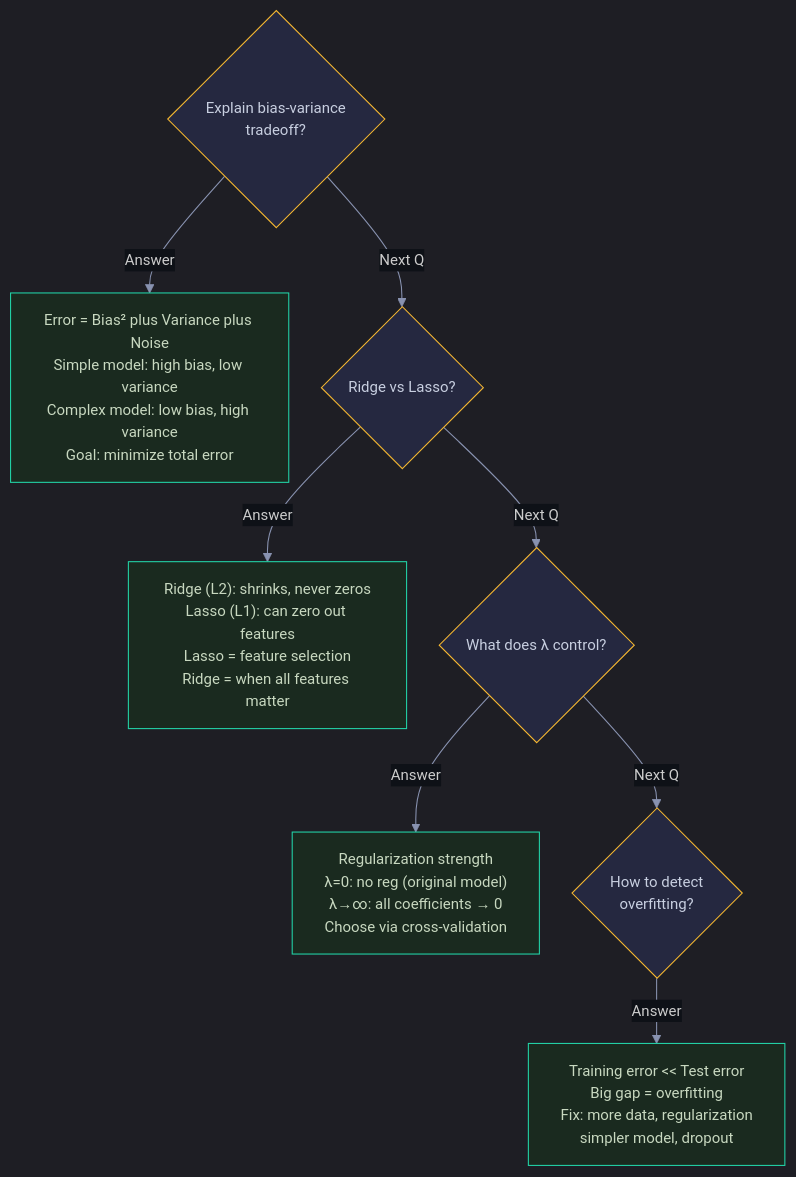
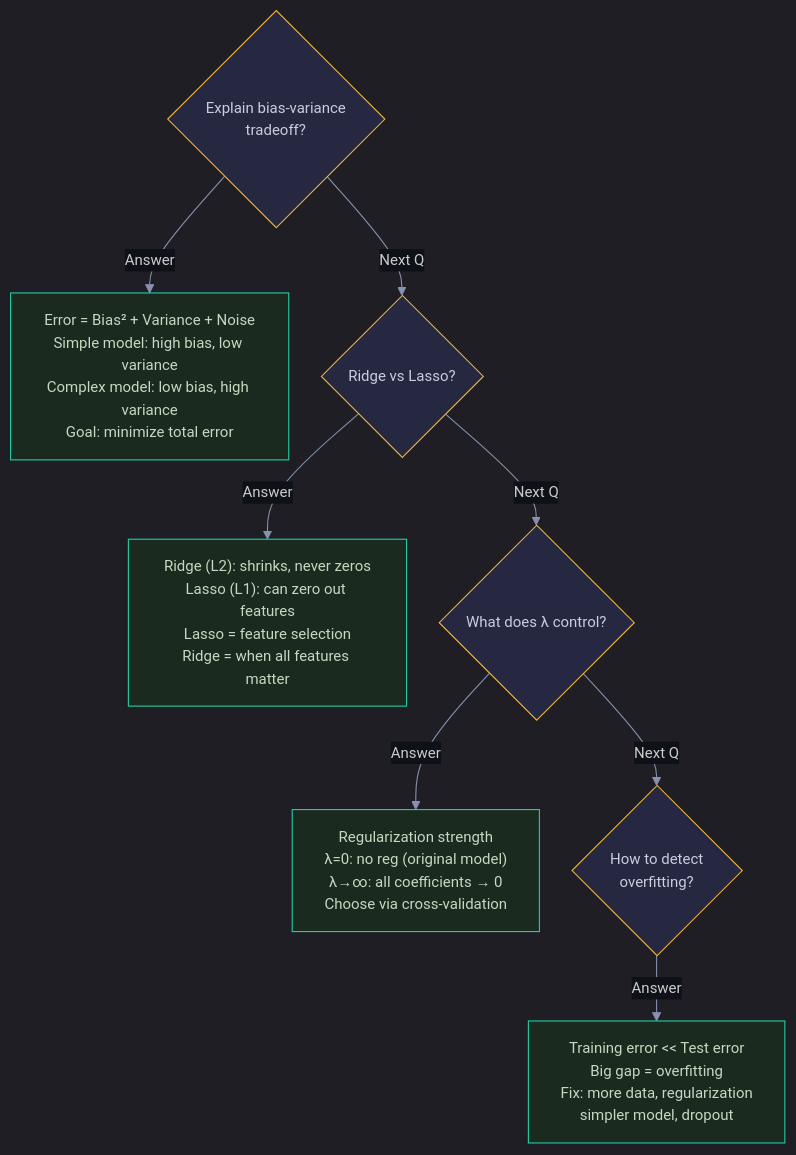
The tenth of 10 diagrams in Documents/Visual_Guides/ML_Concepts/Bias_Variance_Regularization_Visual.md (snehith1234/StudyCircle), drawn with Mermaid before and after one commit. The commit also changed other lines of this file and 10 other files, not shown here.

First line of the commit message:
Fix Mermaid formatting and add RNN/LSTM guides

````diff
--- a/Documents/Visual_Guides/ML_Concepts/Bias_Variance_Regularization_Visual.md
+++ b/Documents/Visual_Guides/ML_Concepts/Bias_Variance_Regularization_Visual.md
@@ -315,20 +315,20 @@
 ```mermaid
 %%{init: {'theme': 'dark', 'themeVariables': {'darkMode': true, 'background': '#0e1117', 'primaryColor': '#1a1d2e', 'primaryTextColor': '#e2e8f0', 'primaryBorderColor': '#2d3148', 'lineColor': '#8892b0', 'secondaryColor': '#252840', 'tertiaryColor': '#1a1d2e', 'fontSize': '14px', 'edgeLabelBackground': '#0e1117'}, 'flowchart': {'nodeSpacing': 30, 'rankSpacing': 40, 'padding': 15, 'htmlLabels': true}}}%%
 graph TD
-    Q1{"Explain bias-variance<br/>tradeoff?"} -->|Answer| A1["Error = Bias² plus Variance plus Noise<br/>Simple model: high bias, low variance<br/>Complex model: low bias, high variance<br/>Goal: minimize total error"]
+    Q1{"Explain bias-variance<br/>tradeoff?"} -->|Answer| A1["Error = Bias² + Variance + Noise<br/>Simple model: high bias, low variance<br/>Complex model: low bias, high variance<br/>Goal: minimize total error"]
     Q1 -->|Next Q| Q2{"Ridge vs Lasso?"}
     Q2 -->|Answer| A2["Ridge (L2): shrinks, never zeros<br/>Lasso (L1): can zero out features<br/>Lasso = feature selection<br/>Ridge = when all features matter"]
     Q2 -->|Next Q| Q3{"What does λ control?"}
     Q3 -->|Answer| A3["Regularization strength<br/>λ=0: no reg (original model)<br/>λ→∞: all coefficients → 0<br/>Choose via cross-validation"]
     Q3 -->|Next Q| Q4{"How to detect<br/>overfitting?"}
     Q4 -->|Answer| A4["Training error << Test error<br/>Big gap = overfitting<br/>Fix: more data, regularization<br/>simpler model, dropout"]
 
     style Q1 fill:#252840,stroke:#f5b731,color:#c8cfe0
     style Q2 fill:#252840,stroke:#f5b731,color:#c8cfe0
     style Q3 fill:#252840,stroke:#f5b731,color:#c8cfe0
     style Q4 fill:#252840,stroke:#f5b731,color:#c8cfe0
     style A1 fill:#1a2a1f,stroke:#22d3a7,color:#c8d8c0
     style A2 fill:#1a2a1f,stroke:#22d3a7,color:#c8d8c0
     style A3 fill:#1a2a1f,stroke:#22d3a7,color:#c8d8c0
     style A4 fill:#1a2a1f,stroke:#22d3a7,color:#c8d8c0
 ```
````
